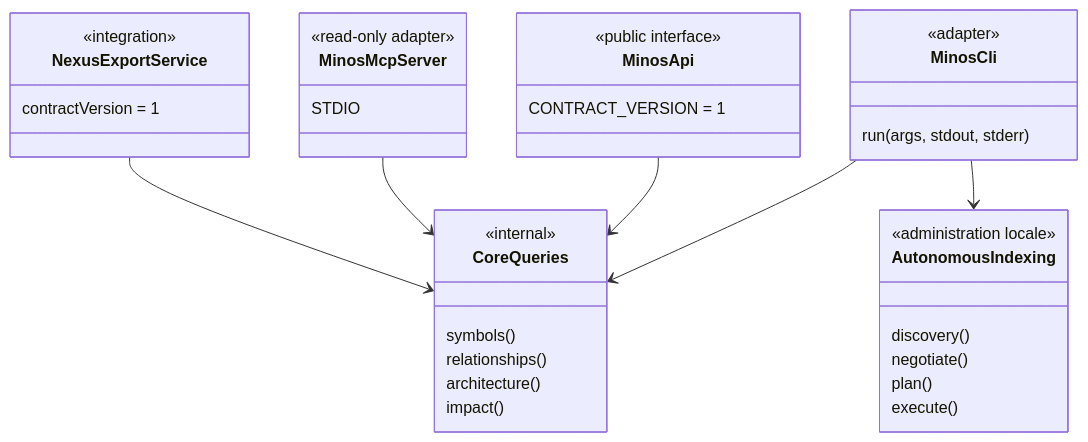
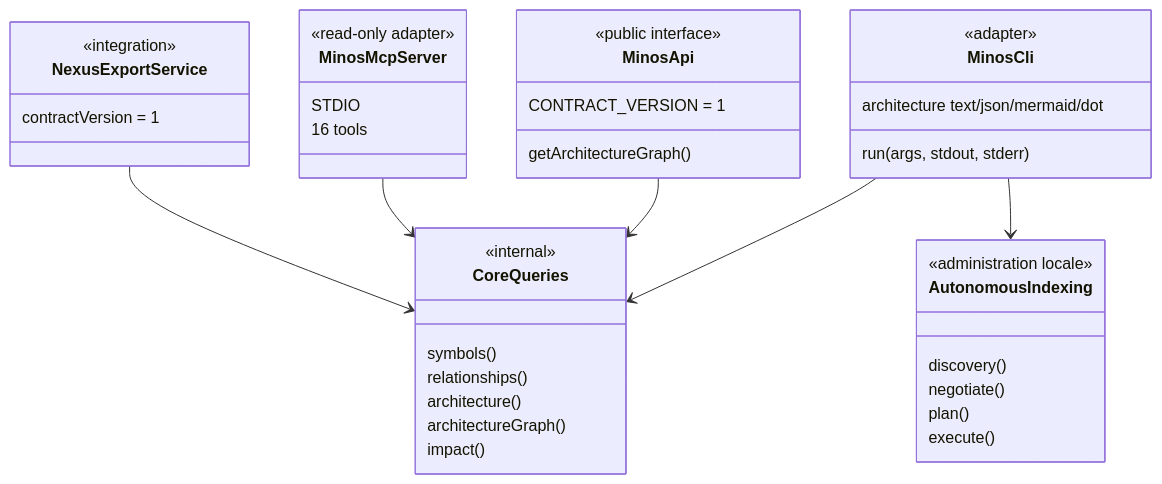
The first of 2 diagrams in docs/developer/public-surfaces.md (FTurleque/minos-code-intelligence), drawn with Mermaid before and after one commit. The commit also changed other lines of this file, not shown here.

Commit message:
docs(surfaces): add architecture graph across CLI API and MCP

````diff
--- a/docs/developer/public-surfaces.md
+++ b/docs/developer/public-surfaces.md
@@ -7,39 +7,43 @@
 ```mermaid
 classDiagram
     class CoreQueries {
       <<internal>>
       symbols()
       relationships()
       architecture()
+      architectureGraph()
       impact()
     }
     class AutonomousIndexing {
       <<administration locale>>
       discovery()
       negotiate()
       plan()
       execute()
     }
     class MinosCli {
       <<adapter>>
       run(args, stdout, stderr)
+      architecture text/json/mermaid/dot
     }
     class MinosApi {
       <<public interface>>
       CONTRACT_VERSION = 1
+      getArchitectureGraph()
     }
     class MinosMcpServer {
       <<read-only adapter>>
       STDIO
+      16 tools
     }
     class NexusExportService {
       <<integration>>
       contractVersion = 1
     }
 
     MinosCli --> CoreQueries
     MinosCli --> AutonomousIndexing
     MinosApi --> CoreQueries
     MinosMcpServer --> CoreQueries
     NexusExportService --> CoreQueries
 ```
````
